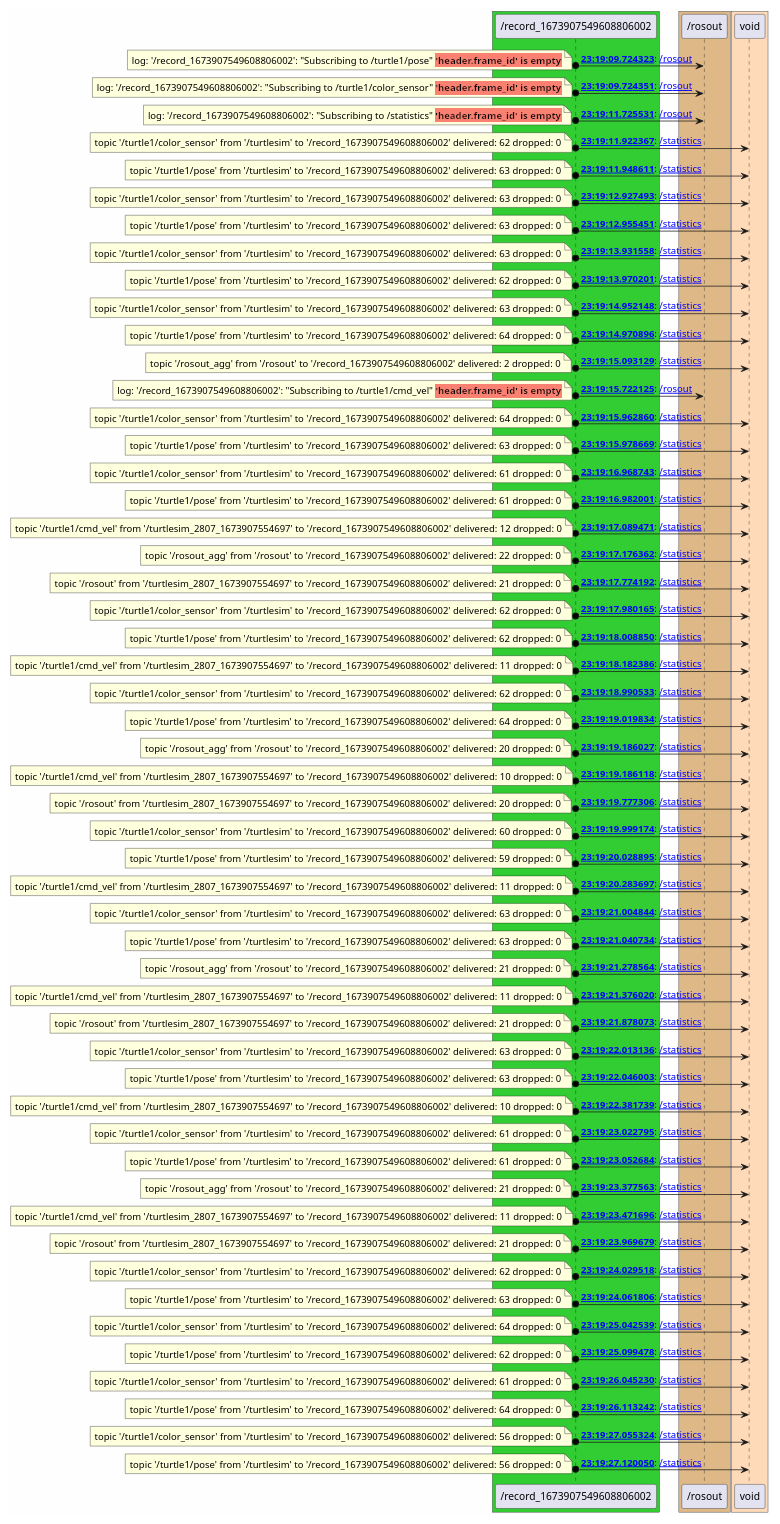
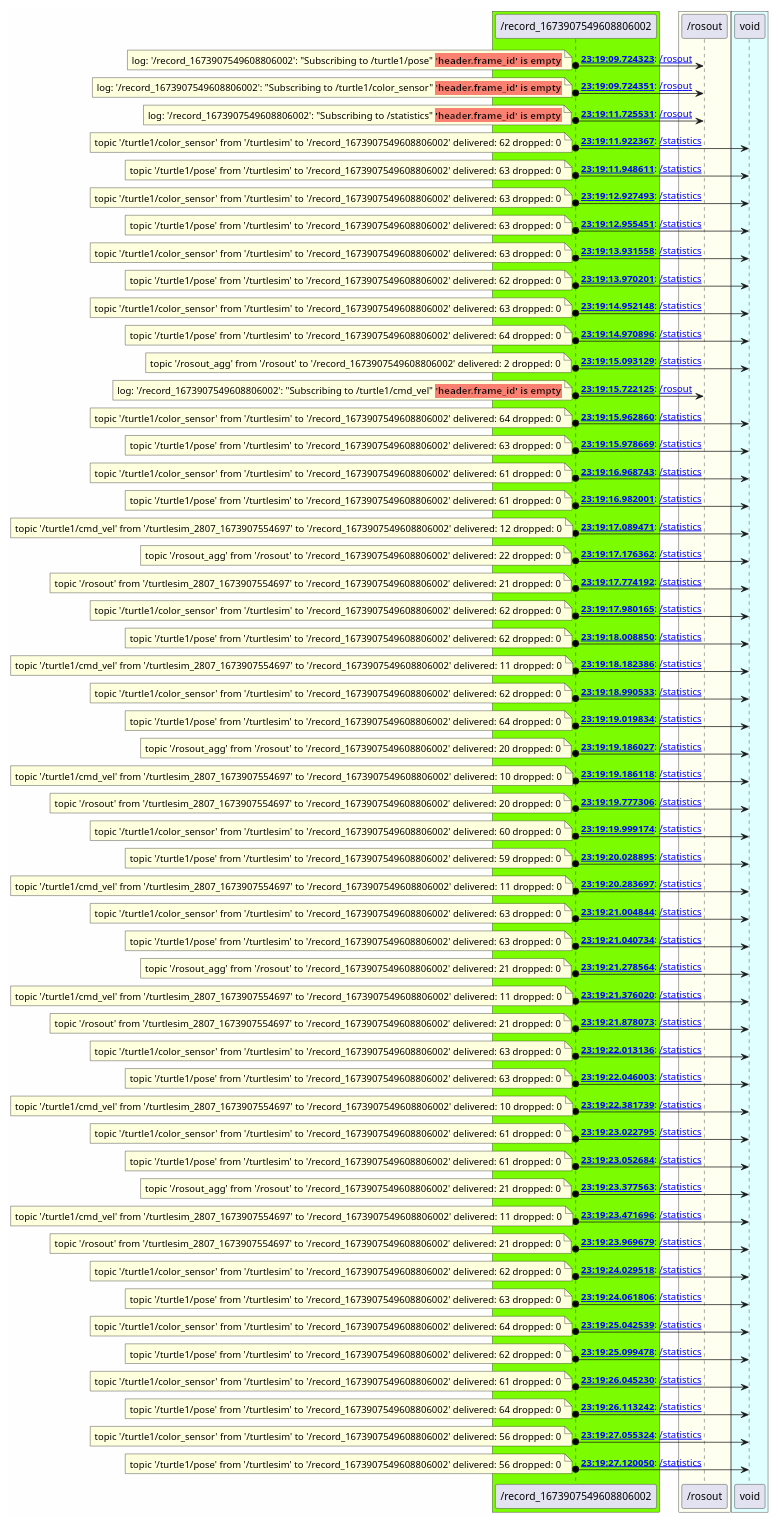
The diagram in examples/turtlesim/rosbag/out/nodes/_record_1673907549608806002.puml (anetczuk/ros-diagram-tools), drawn with PlantUML before and after one commit. The commit also changed 29 other files, not shown here.

```diff
--- a/examples/turtlesim/rosbag/out/nodes/_record_1673907549608806002.puml
+++ b/examples/turtlesim/rosbag/out/nodes/_record_1673907549608806002.puml
@@ -2,14 +2,14 @@
 
 skinparam backgroundColor #FEFEFE
 
-box #LimeGreen
-    participant "/record_1673907549608806002" as _record_1673907549608806002 [[_record_1673907549608806002.html]]
+box #LawnGreen
+    participant "/record_1673907549608806002" as _record_1673907549608806002 [[../nodes/_record_1673907549608806002.html]]
 end box
-box #BurlyWood
-    participant "/rosout" as _rosout [[_rosout.html]]
+box #Ivory
+    participant "/rosout" as _rosout [[../nodes/_rosout.html]]
 end box
-box #PeachPuff
-    participant "void" as void [[void.html]]
+box #LightCyan
+    participant "void" as void [[../nodes/void.html]]
 end box
 
 _record_1673907549608806002 o-> _rosout : **[[../msgs/0000000_msg.html {message data} 23:19:09.724323]]**: [[../topics/_rosout.html {topic data} /rosout]]
```
